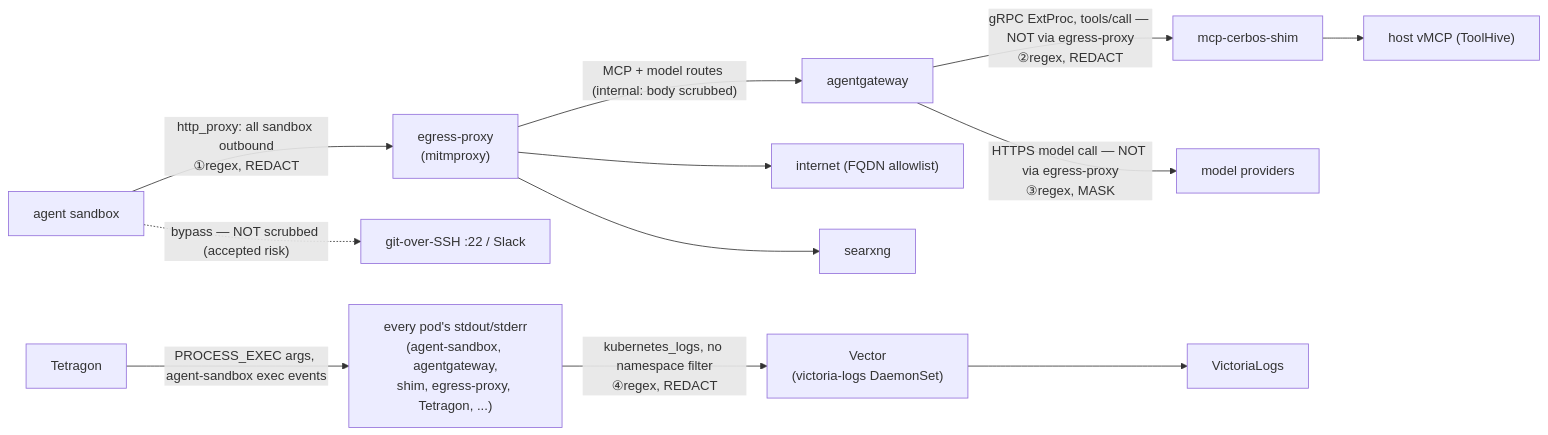
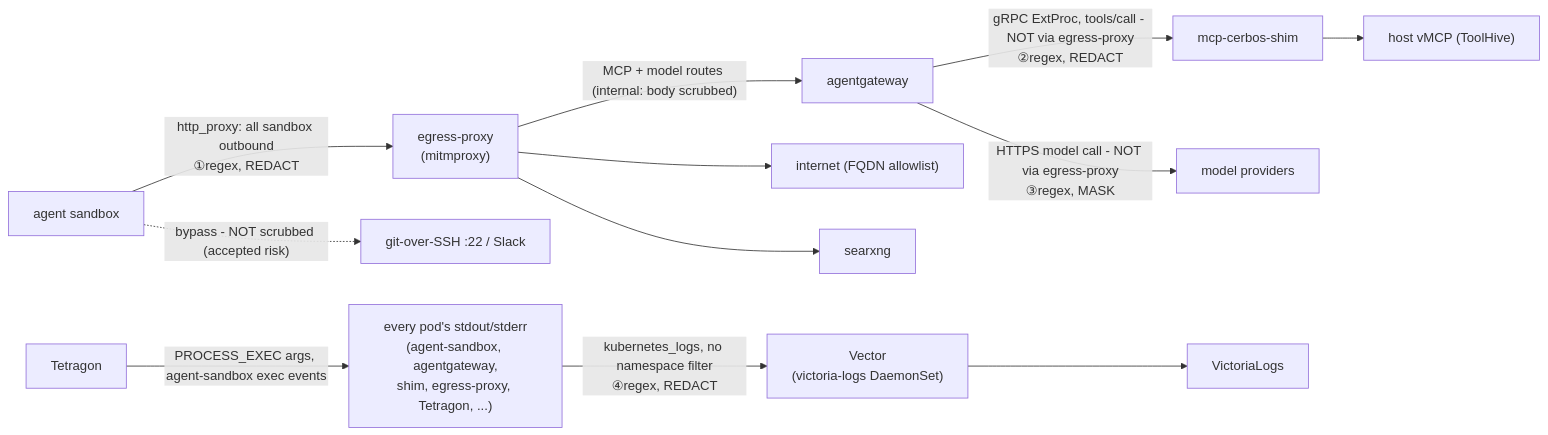
The diagram in docs/secrets-and-pii-redaction.md (christensenjairus/Vicegerent-Agents), drawn with Mermaid before and after one commit. The commit also changed other lines of this file and 134 other files, not shown here.

````diff
--- a/docs/secrets-and-pii-redaction.md
+++ b/docs/secrets-and-pii-redaction.md
@@ -56,28 +56,28 @@
 ```mermaid
 flowchart LR
     H[agent sandbox]
     EP["egress-proxy<br/>(mitmproxy)"]
     AGW[agentgateway]
     SHIM[mcp-cerbos-shim]
     VMCP["host vMCP (ToolHive)"]
     LLM["model providers"]
     NET["internet (FQDN allowlist)"]
     SX[searxng]
     DIRECT["git-over-SSH :22 / Slack"]
     TETRA[Tetragon]
     ALLPODS["every pod's stdout/stderr<br/>(agent-sandbox, agentgateway,<br/>shim, egress-proxy, Tetragon, ...)"]
     VECTOR["Vector<br/>(victoria-logs DaemonSet)"]
     VLOGS[VictoriaLogs]
 
     H -->|"http_proxy: all sandbox outbound<br/>①regex, REDACT"| EP
     EP -->|"MCP + model routes (internal: body scrubbed)"| AGW
     EP --> NET
     EP --> SX
-    AGW -->|"gRPC ExtProc, tools/call — NOT via egress-proxy<br/>②regex, REDACT"| SHIM
+    AGW -->|"gRPC ExtProc, tools/call - NOT via egress-proxy<br/>②regex, REDACT"| SHIM
     SHIM --> VMCP
-    AGW -->|"HTTPS model call — NOT via egress-proxy<br/>③regex, MASK"| LLM
-    H -.->|"bypass — NOT scrubbed (accepted risk)"| DIRECT
+    AGW -->|"HTTPS model call - NOT via egress-proxy<br/>③regex, MASK"| LLM
+    H -.->|"bypass - NOT scrubbed (accepted risk)"| DIRECT
     TETRA -->|"PROCESS_EXEC args, agent-sandbox exec events"| ALLPODS
     ALLPODS -->|"kubernetes_logs, no namespace filter<br/>④regex, REDACT"| VECTOR
     VECTOR --> VLOGS
 ```
````
